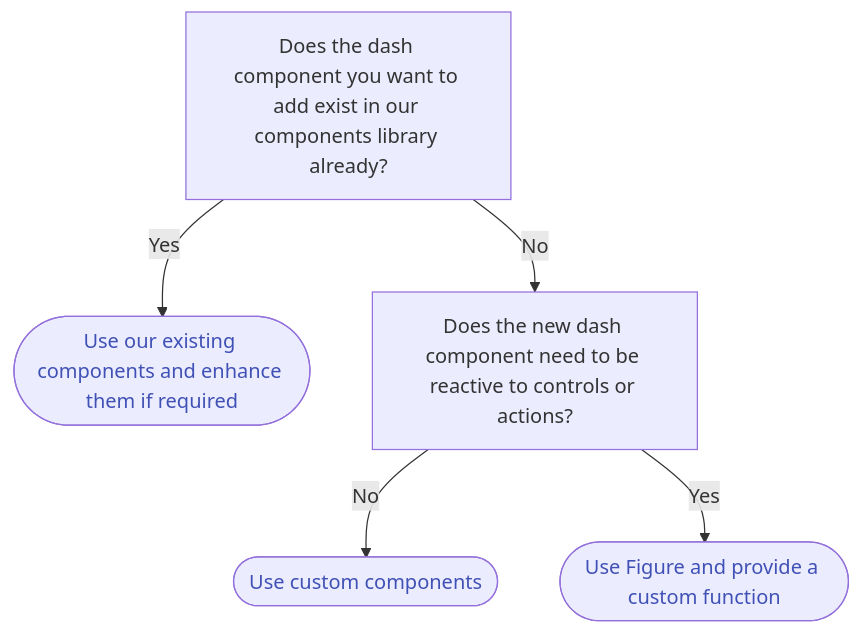
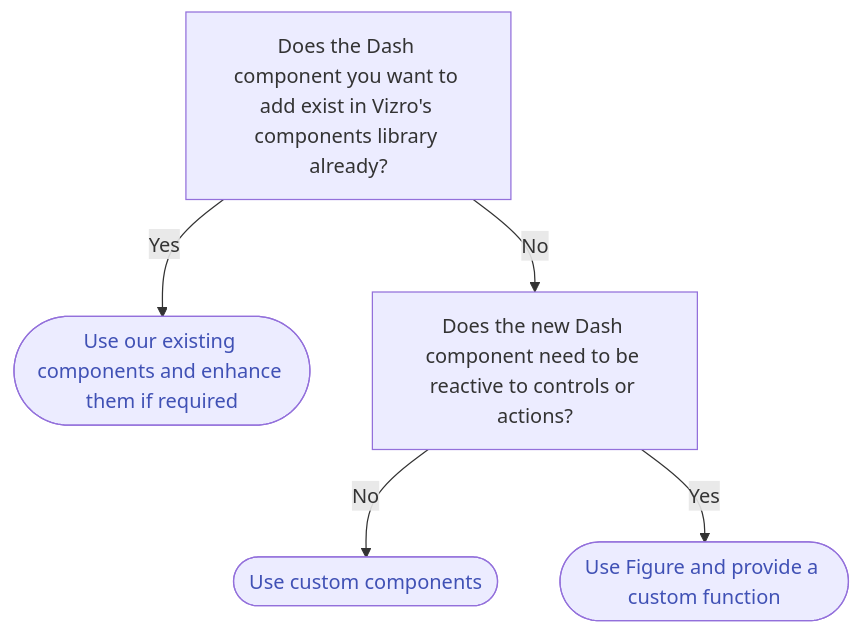
Before and after one commit to mckinsey/vizro: the diagram in vizro-core/docs/pages/user-guides/figure.md, drawn with Mermaid. The commit also changed other lines of this file and 3 other files, not shown here.

````diff
--- a/vizro-core/docs/pages/user-guides/figure.md
+++ b/vizro-core/docs/pages/user-guides/figure.md
@@ -13,19 +13,19 @@
 ``` mermaid
 graph TD
-  first["`Does the dash component you want to add exist in our components library already?`"]
+  first["`Does the Dash component you want to add exist in Vizro's components library already?`"]
   extend-component([Use our existing components and enhance them if required])
-  second["`Does the new dash component need to be reactive to controls or actions?`"]
+  second["`Does the new Dash component need to be reactive to controls or actions?`"]
   second-static([Use custom components])
   second-reactive([Use Figure and provide a custom function])
 
   first -- Yes --> extend-component
   first -- No --> second
   second -- No --> second-static
   second -- Yes --> second-reactive
 
   click extend-component href "../custom-components/#extend-an-existing-component"
   click second-static href "../custom-components/#create-a-new-component"
   click second-reactive href "#how-to-use-figures"
 
   classDef clickable color:#4051b5;
 ```
````
